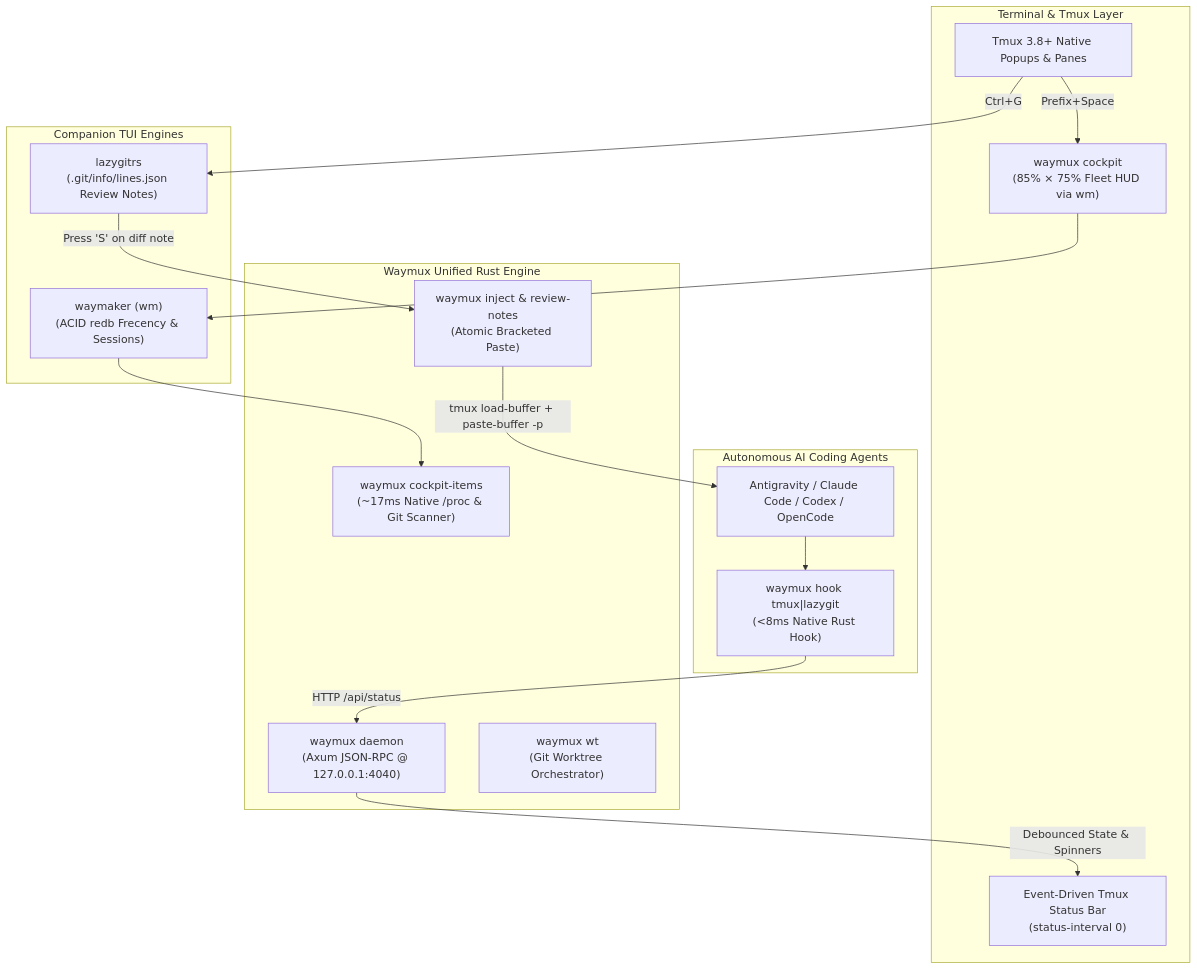
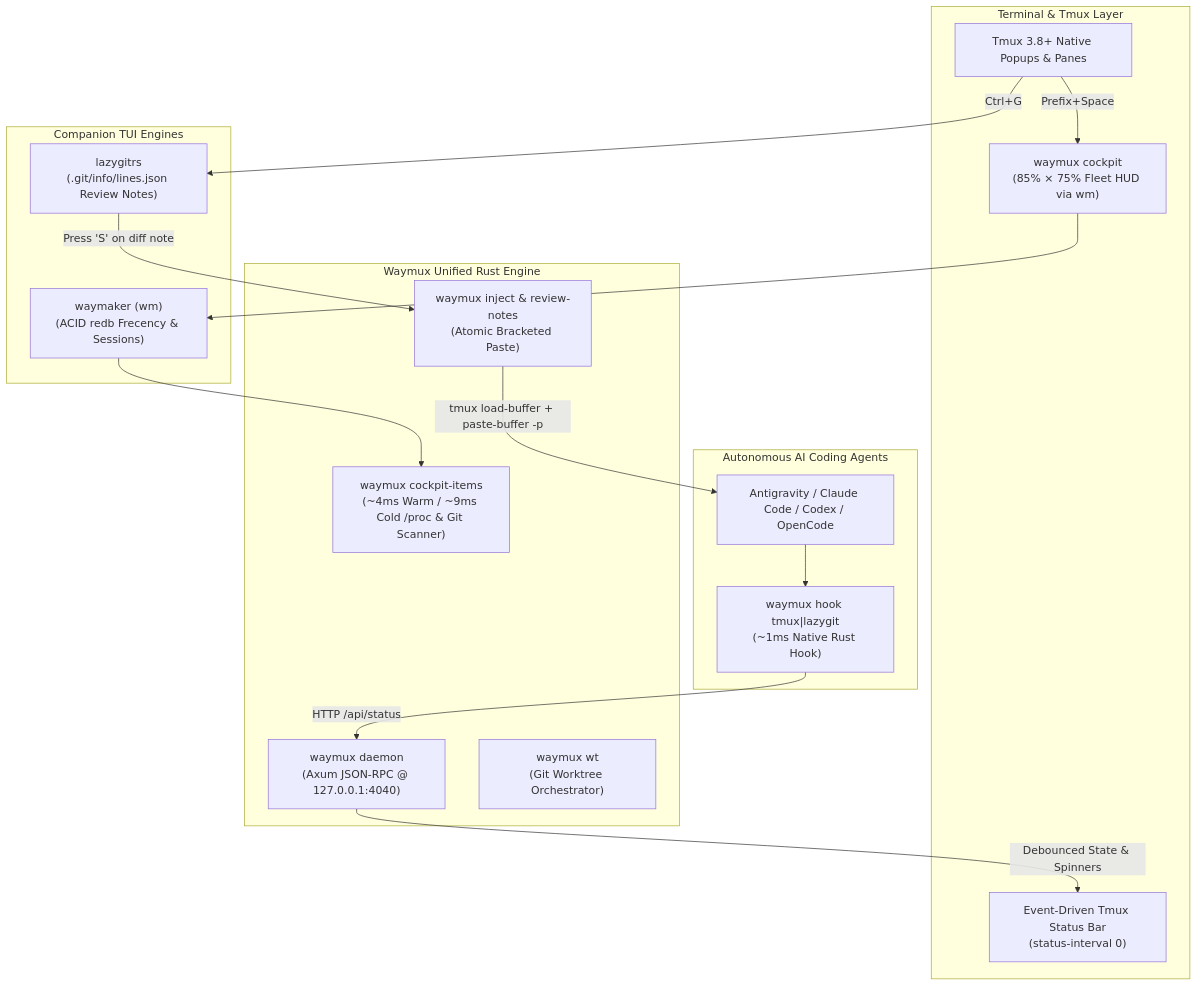
One commit to felipecm-br/waymux changed the diagram in README.md. Above: the diagram before and after it, drawn with Mermaid. The commit also changed other lines of this file and 15 other files, not shown here.

First line of the commit message:
perf(cockpit): native git config probe, git-meta cache, and batched tmux calls

````diff
--- a/README.md
+++ b/README.md
@@ -177,35 +177,35 @@
 ```mermaid
 flowchart TD
     subgraph UI ["Terminal & Tmux Layer"]
         Tmux["Tmux 3.8+ Native Popups & Panes"]
         Cockpit["waymux cockpit\n(85% × 75% Fleet HUD via wm)"]
         Bar["Event-Driven Tmux Status Bar\n(status-interval 0)"]
     end
 
     subgraph Agents ["Autonomous AI Coding Agents"]
         Agent["Antigravity / Claude Code / Codex / OpenCode"]
-        Hook["waymux hook tmux|lazygit\n(<8ms Native Rust Hook)"]
+        Hook["waymux hook tmux|lazygit\n(~1ms Native Rust Hook)"]
     end
 
     subgraph Core ["Waymux Unified Rust Engine"]
         Daemon["waymux daemon\n(Axum JSON-RPC @ 127.0.0.1:4040)"]
-        Scanner["waymux cockpit-items\n(~17ms Native /proc & Git Scanner)"]
+        Scanner["waymux cockpit-items\n(~4ms Warm / ~9ms Cold /proc & Git Scanner)"]
         Injector["waymux inject & review-notes\n(Atomic Bracketed Paste)"]
         WT["waymux wt\n(Git Worktree Orchestrator)"]
     end
 
     subgraph Companion ["Companion TUI Engines"]
         WM["waymaker (wm)\n(ACID redb Frecency & Sessions)"]
         LG["lazygitrs\n(.git/info/lines.json Review Notes)"]
     end
 
     Agent --> Hook
     Hook -->|HTTP /api/status| Daemon
     Daemon -->|Debounced State & Spinners| Bar
     Tmux -->|Prefix+Space| Cockpit
     Cockpit --> WM
     WM --> Scanner
     Tmux -->|Ctrl+G| LG
     LG -->|Press 'S' on diff note| Injector
     Injector -->|tmux load-buffer + paste-buffer -p| Agent
 ```
````
